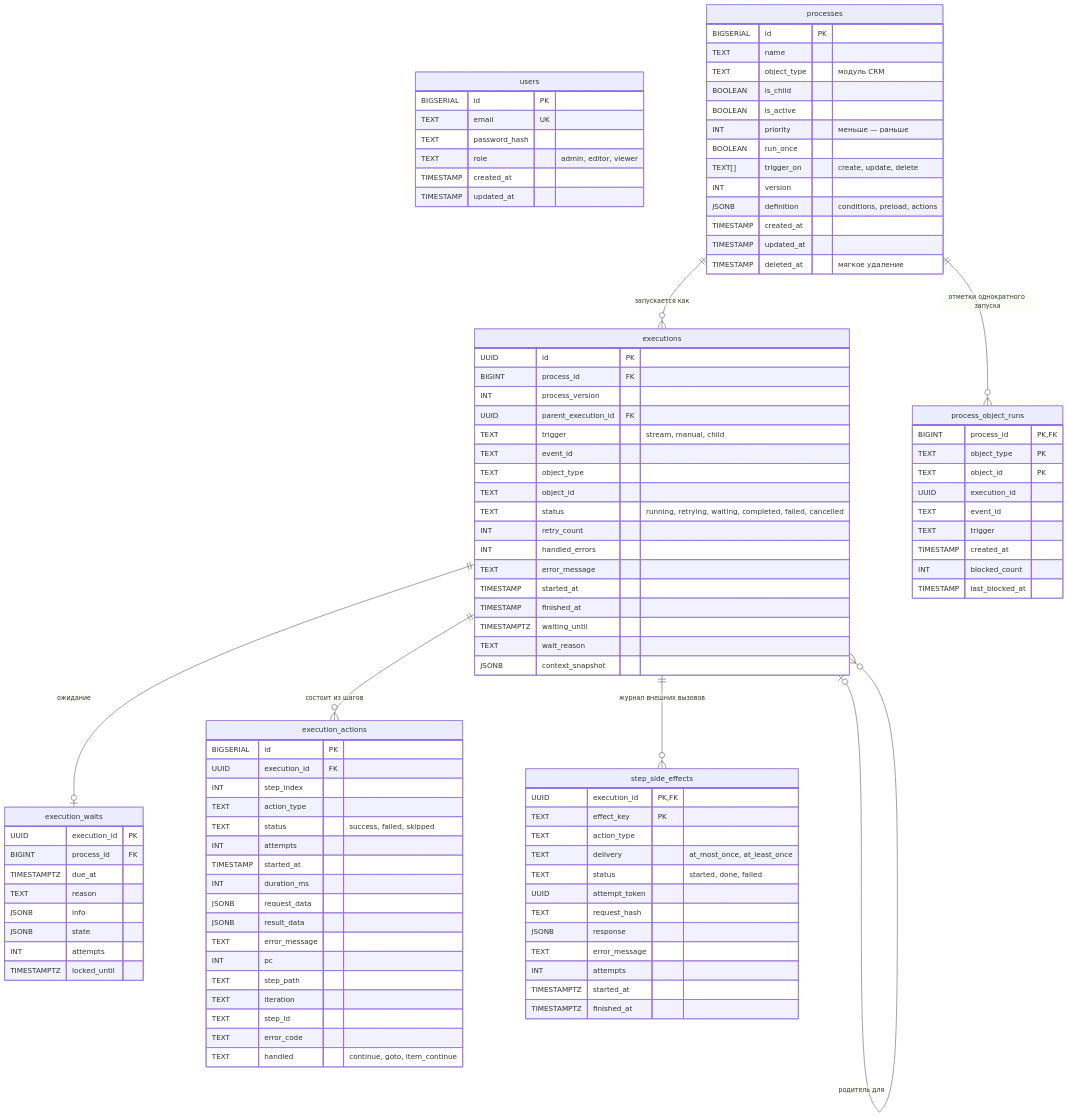
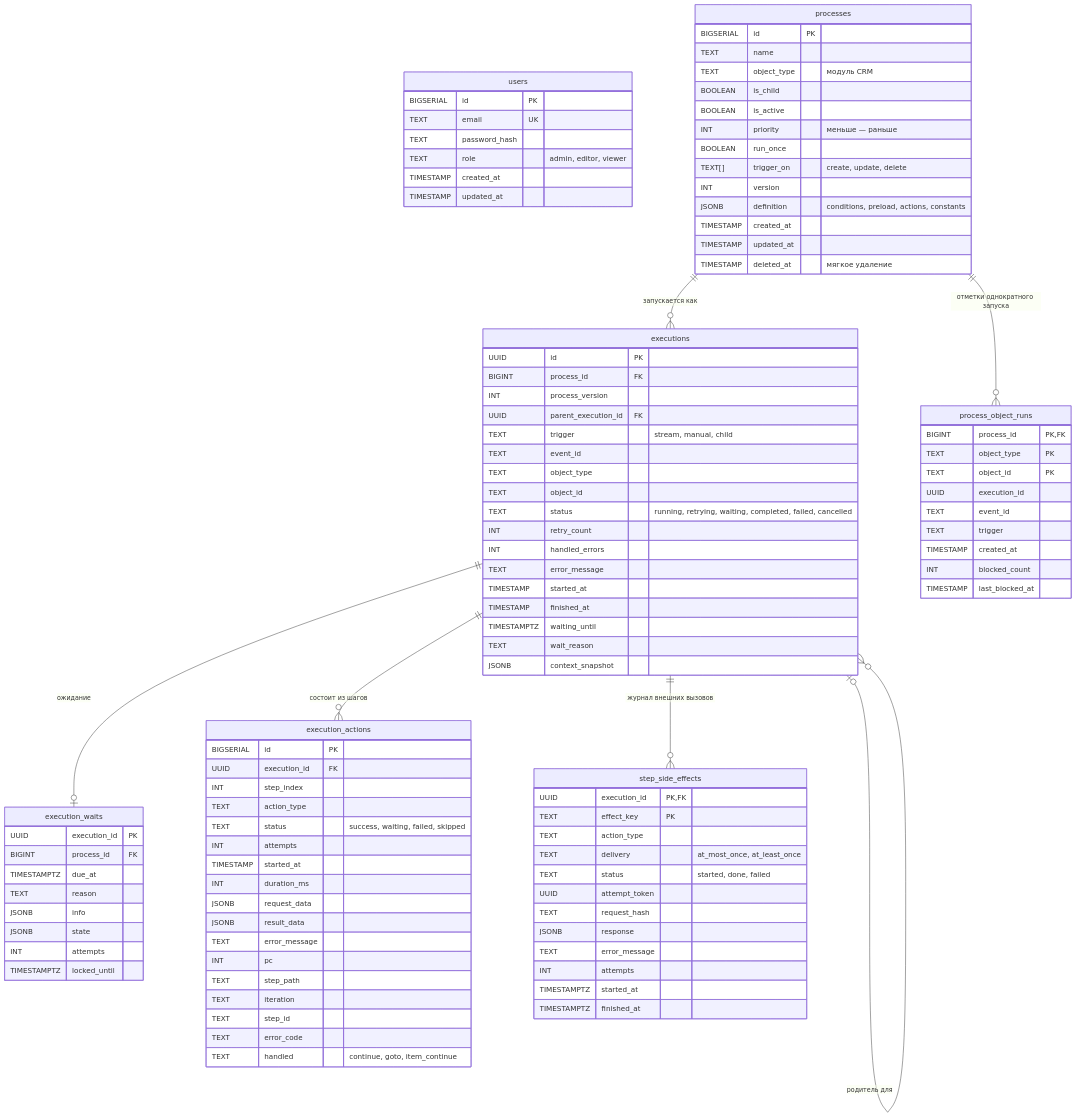
One commit to madarch-labs/Workflow-Processing-Service changed the first of 2 diagrams in doc/ru/05-architecture/data-model.md. Above: the diagram before and after it, drawn with Mermaid. The commit also changed other lines of this file and 200 other files, not shown here.

```diff
--- a/doc/ru/05-architecture/data-model.md
+++ b/doc/ru/05-architecture/data-model.md
@@ -32,7 +32,7 @@
         BOOLEAN run_once
         TEXT[] trigger_on "create, update, delete"
         INT version
-        JSONB definition "conditions, preload, actions"
+        JSONB definition "conditions, preload, actions, constants"
         TIMESTAMP created_at
         TIMESTAMP updated_at
         TIMESTAMP deleted_at "мягкое удаление"
@@ -71,7 +71,7 @@
         UUID execution_id FK
         INT step_index
         TEXT action_type
-        TEXT status "success, failed, skipped"
+        TEXT status "success, waiting, failed, skipped"
         INT attempts
         TIMESTAMP started_at
         INT duration_ms
```
